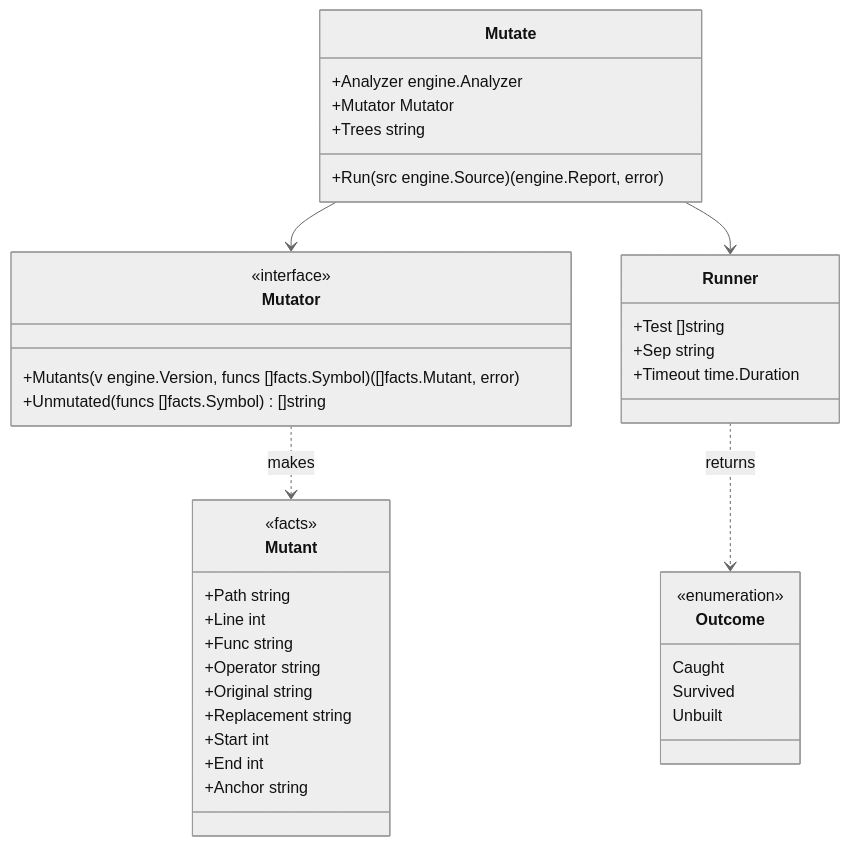
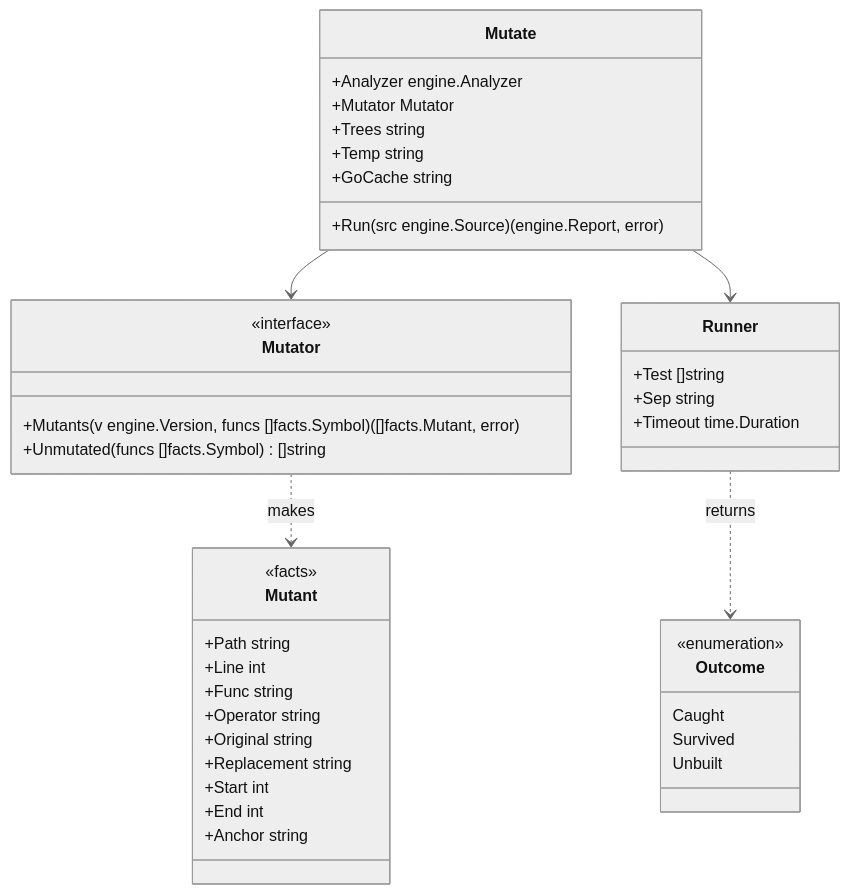
The second of 4 diagrams in docs/design/mutation.md (rerorets/hadome), drawn with Mermaid (neutral theme) before and after one commit. The commit also changed other lines of this file and 13 other files, not shown here.

````diff
--- a/docs/design/mutation.md
+++ b/docs/design/mutation.md
@@ -83,41 +83,43 @@
 ```mermaid
 classDiagram
   class Mutant {
     <<facts>>
     +Path string
     +Line int
     +Func string
     +Operator string
     +Original string
     +Replacement string
     +Start int
     +End int
     +Anchor string
   }
   class Mutator {
     <<interface>>
     +Mutants(v engine.Version, funcs []facts.Symbol) ([]facts.Mutant, error)
     +Unmutated(funcs []facts.Symbol) []string
   }
   class Mutate {
     +Analyzer engine.Analyzer
     +Mutator Mutator
     +Trees string
+    +Temp string
+    +GoCache string
     +Run(src engine.Source) (engine.Report, error)
   }
   class Runner {
     +Test []string
     +Sep string
     +Timeout time.Duration
   }
   class Outcome {
     <<enumeration>>
     Caught
     Survived
     Unbuilt
   }
   Mutator ..> Mutant : makes
   Mutate --> Mutator
   Mutate --> Runner
   Runner ..> Outcome : returns
 ```
````
